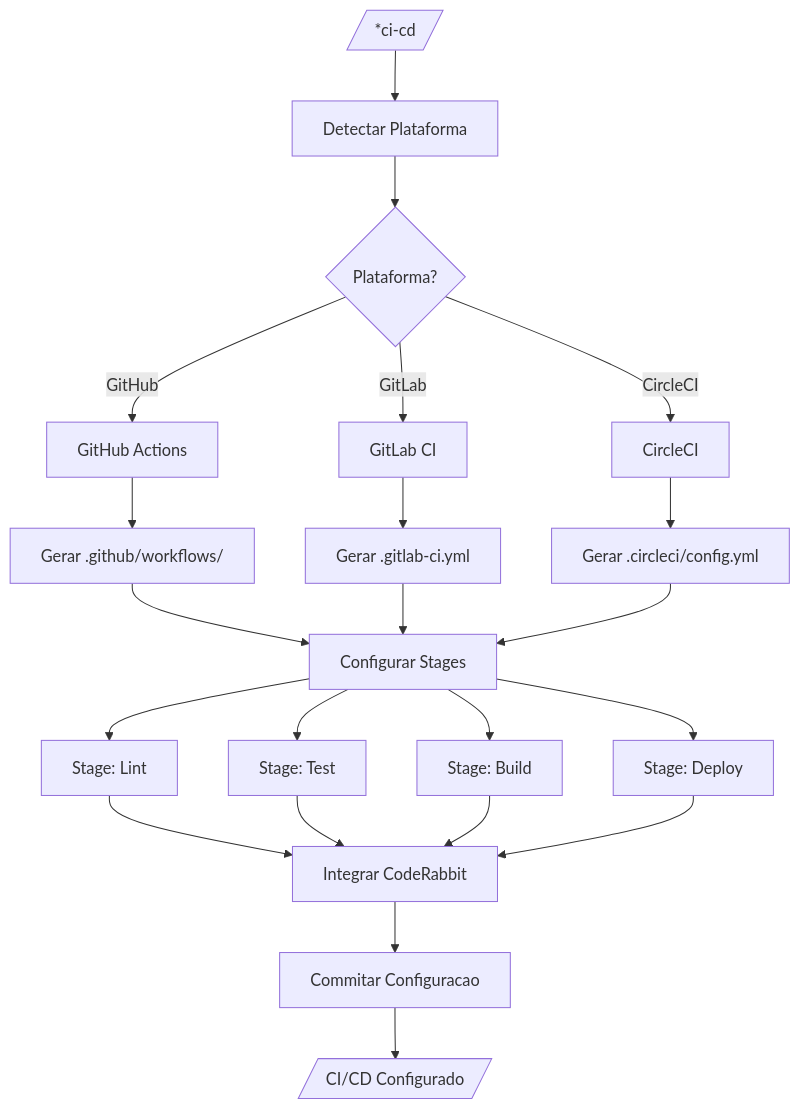
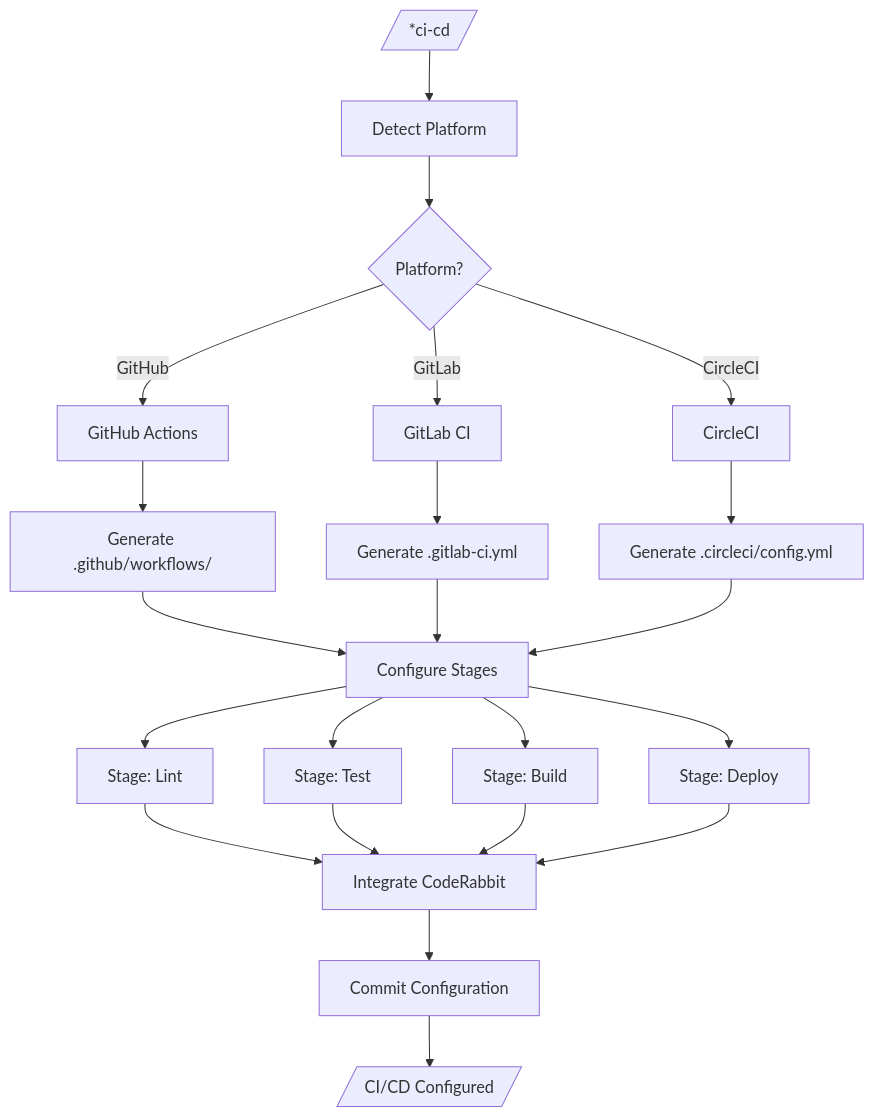
The fifth of 7 diagrams in docs/aexos-agent-flows/devops-system.md (CyryxLabs/AEXOS), drawn with Mermaid before and after one commit. The commit also changed other lines of this file and 528 other files, not shown here.

````diff
--- a/docs/aexos-agent-flows/devops-system.md
+++ b/docs/aexos-agent-flows/devops-system.md
@@ -208,24 +208,24 @@
 ```mermaid
 flowchart TD
-    START[/"*ci-cd"/] --> DETECT["Detectar Plataforma"]
+    START[/"*ci-cd"/] --> DETECT["Detect Platform"]
 
-    DETECT --> PLATFORM{Plataforma?}
+    DETECT --> PLATFORM{Platform?}
     PLATFORM -->|GitHub| GHA["GitHub Actions"]
     PLATFORM -->|GitLab| GLC["GitLab CI"]
     PLATFORM -->|CircleCI| CCI["CircleCI"]
 
-    GHA --> CONFIG_GHA["Gerar .github/workflows/"]
-    GLC --> CONFIG_GLC["Gerar .gitlab-ci.yml"]
-    CCI --> CONFIG_CCI["Gerar .circleci/config.yml"]
+    GHA --> CONFIG_GHA["Generate .github/workflows/"]
+    GLC --> CONFIG_GLC["Generate .gitlab-ci.yml"]
+    CCI --> CONFIG_CCI["Generate .circleci/config.yml"]
 
-    CONFIG_GHA & CONFIG_GLC & CONFIG_CCI --> STAGES["Configurar Stages"]
+    CONFIG_GHA & CONFIG_GLC & CONFIG_CCI --> STAGES["Configure Stages"]
 
     STAGES --> LINT_STAGE["Stage: Lint"]
     STAGES --> TEST_STAGE["Stage: Test"]
     STAGES --> BUILD_STAGE["Stage: Build"]
     STAGES --> DEPLOY_STAGE["Stage: Deploy"]
 
-    LINT_STAGE & TEST_STAGE & BUILD_STAGE & DEPLOY_STAGE --> CODERABBIT["Integrar CodeRabbit"]
-    CODERABBIT --> COMMIT["Commitar Configuracao"]
-    COMMIT --> END[/"CI/CD Configurado"/]
+    LINT_STAGE & TEST_STAGE & BUILD_STAGE & DEPLOY_STAGE --> CODERABBIT["Integrate CodeRabbit"]
+    CODERABBIT --> COMMIT["Commit Configuration"]
+    COMMIT --> END[/"CI/CD Configured"/]
 ```
````
